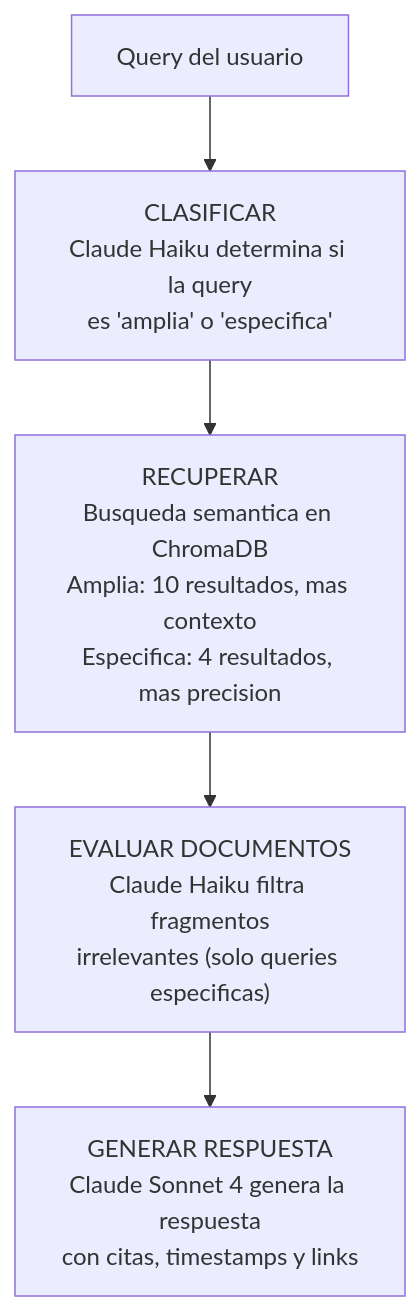
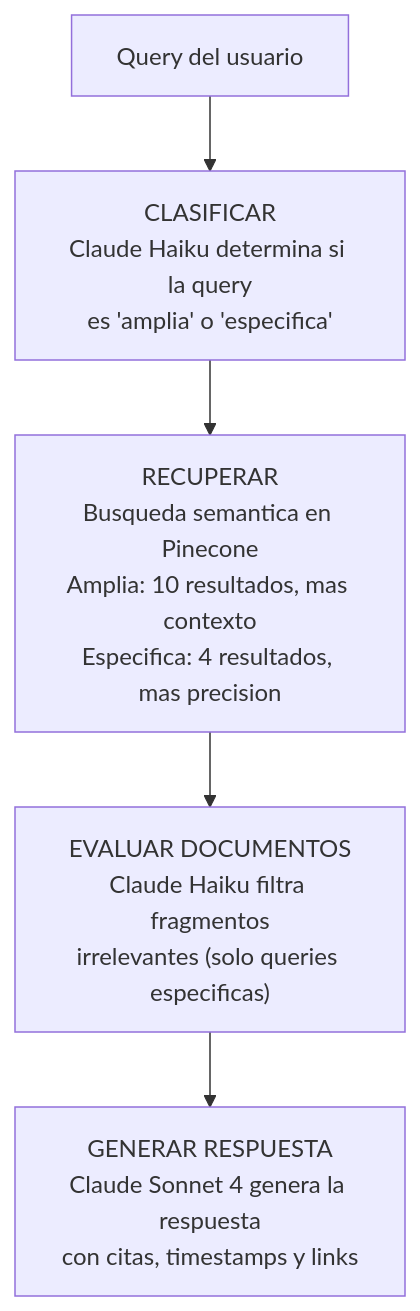
The third of 3 diagrams in README.md (Nicopiriz18/Knowly), drawn with Mermaid before and after one commit. The commit also changed other lines of this file and 16 other files, not shown here.

````diff
--- a/README.md
+++ b/README.md
@@ -308,11 +321,11 @@
 ```mermaid
 graph TB
     Query["Query del usuario"] --> Classify
     Classify["CLASIFICAR\nClaude Haiku determina si la query\nes 'amplia' o 'especifica'"]
     Classify --> Retrieve
-    Retrieve["RECUPERAR\nBusqueda semantica en ChromaDB\nAmplia: 10 resultados, mas contexto\nEspecifica: 4 resultados, mas precision"]
+    Retrieve["RECUPERAR\nBusqueda semantica en Pinecone\nAmplia: 10 resultados, mas contexto\nEspecifica: 4 resultados, mas precision"]
     Retrieve --> Evaluate
     Evaluate["EVALUAR DOCUMENTOS\nClaude Haiku filtra fragmentos\nirrelevantes (solo queries especificas)"]
     Evaluate --> Generate
     Generate["GENERAR RESPUESTA\nClaude Sonnet 4 genera la respuesta\ncon citas, timestamps y links"]
 ```
````
